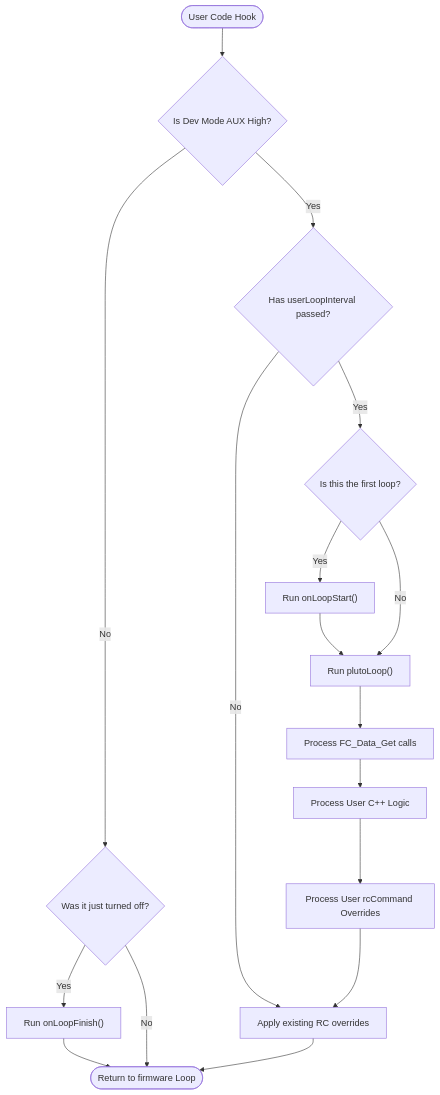
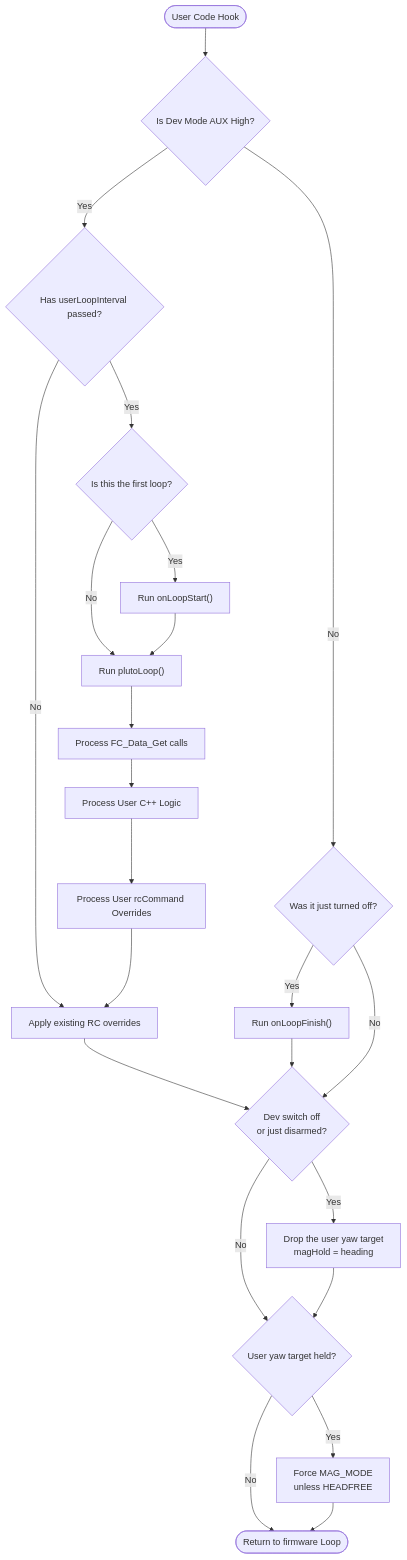
The first of 3 diagrams in docs/fw-development-reference/fw-architecture-pipeline/subsystems/User_Space_API.md (DronaAviation/MagisV2), drawn with Mermaid before and after one commit. The commit also changed other lines of this file and 25 other files, not shown here.

````diff
--- a/docs/fw-development-reference/fw-architecture-pipeline/subsystems/User_Space_API.md
+++ b/docs/fw-development-reference/fw-architecture-pipeline/subsystems/User_Space_API.md
@@ -40,24 +44,30 @@
 ```mermaid
 flowchart TD
     Start([User Code Hook]) --> DevCheck{Is Dev Mode AUX High?}
     
     DevCheck -- No --> FinishCheck{Was it just turned off?}
     FinishCheck -- Yes --> RunFinish["Run onLoopFinish()"]
-    FinishCheck -- No --> End
     
     DevCheck -- Yes --> TimeCheck{Has userLoopInterval passed?}
     TimeCheck -- No --> ApplyOld[Apply existing RC overrides]
     
     TimeCheck -- Yes --> StartCheck{Is this the first loop?}
     StartCheck -- Yes --> RunStart["Run onLoopStart()"]
     StartCheck -- No --> RunPluto
     RunStart --> RunPluto["Run plutoLoop()"]
     
     RunPluto --> ReadSensors[Process FC_Data_Get calls]
     ReadSensors --> ProcessLogic[Process User C++ Logic]
     ProcessLogic --> Overrides[Process User rcCommand Overrides]
     
     Overrides --> ApplyOld
-    ApplyOld --> End([Return to firmware Loop])
-    RunFinish --> End
+    ApplyOld --> YawTail
+    RunFinish --> YawTail
+    FinishCheck -- No --> YawTail
+    YawTail{"Dev switch off<br/>or just disarmed?"} -- Yes --> Drop["Drop the user yaw target<br/>magHold = heading"]
+    YawTail -- No --> Force
+    Drop --> Force{"User yaw target held?"}
+    Force -- Yes --> Mag["Force MAG_MODE<br/>unless HEADFREE"]
+    Force -- No --> End([Return to firmware Loop])
+    Mag --> End
 ```
````
